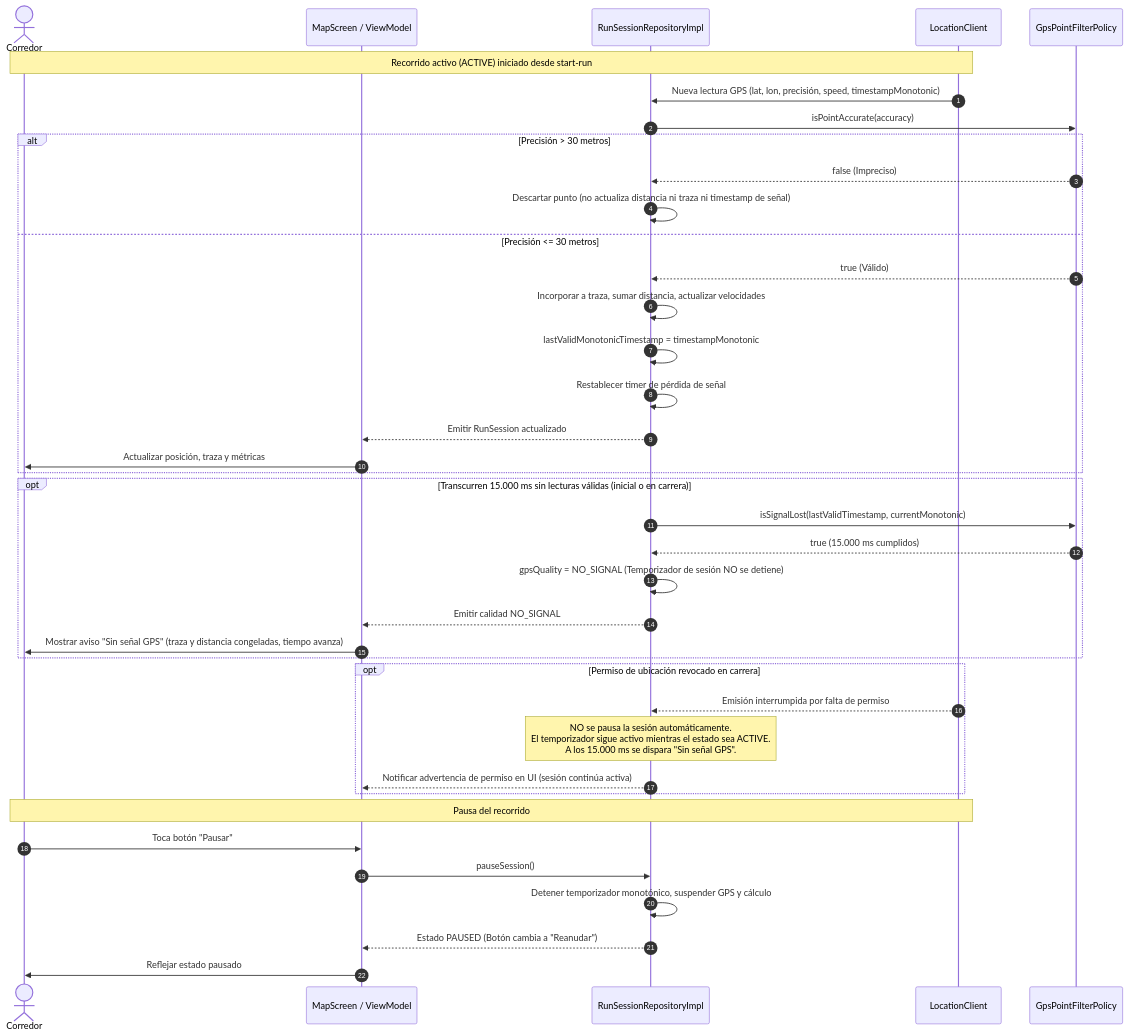
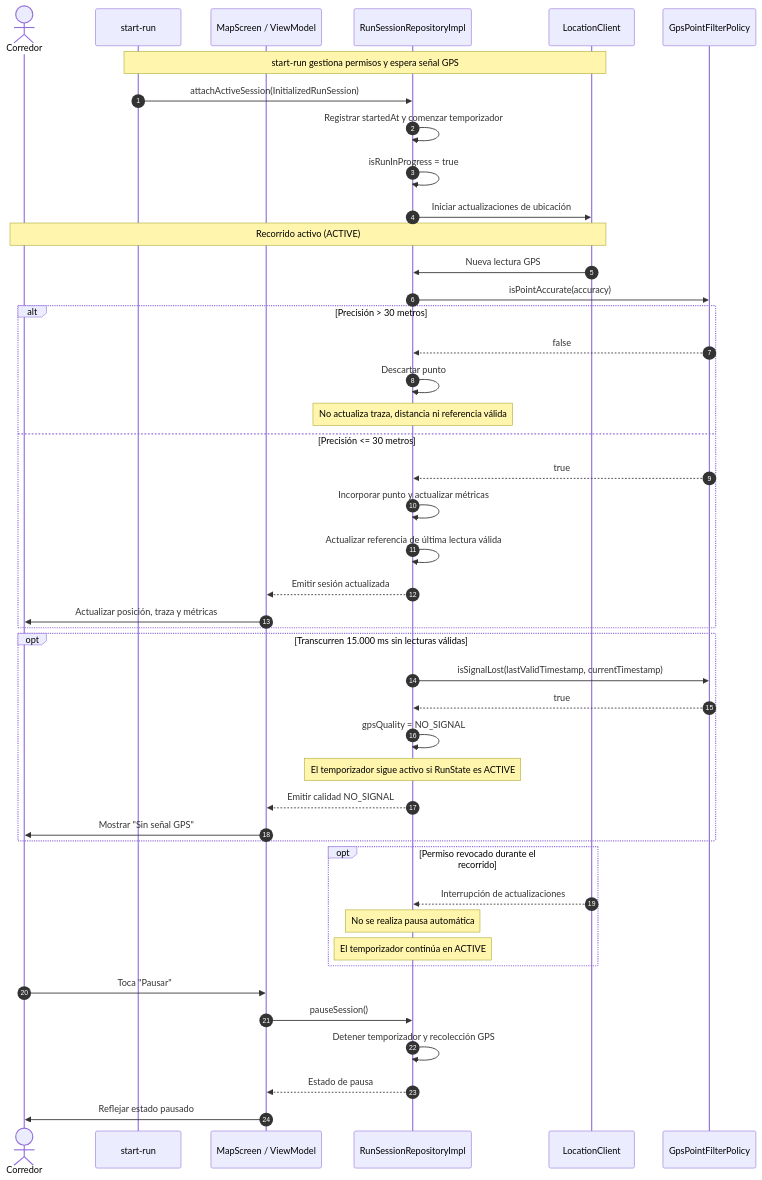
The second of 5 diagrams in .kiro/specs/live-route-tracking/design.md (unlam-tec-movil/A3-2026-H2-E2), drawn with Mermaid before and after one commit. The commit also changed other lines of this file, not shown here.

````diff
--- a/.kiro/specs/live-route-tracking/design.md
+++ b/.kiro/specs/live-route-tracking/design.md
@@ -212,45 +284,53 @@
 ```mermaid
 sequenceDiagram
     autonumber
     actor Corredor
+    participant Start as start-run
     participant UI as MapScreen / ViewModel
     participant Repo as RunSessionRepositoryImpl
     participant GPS as LocationClient
     participant Filter as GpsPointFilterPolicy
 
-    Note over Corredor, GPS: Recorrido activo (ACTIVE) iniciado desde start-run
-    GPS->>Repo: Nueva lectura GPS (lat, lon, precisión, speed, timestampMonotonic)
+    Note over Start,GPS: start-run gestiona permisos y espera señal GPS
+    Start->>Repo: attachActiveSession(InitializedRunSession)
+    Repo->>Repo: Registrar startedAt y comenzar temporizador
+    Repo->>Repo: isRunInProgress = true
+    Repo->>GPS: Iniciar actualizaciones de ubicación
+
+    Note over Corredor,GPS: Recorrido activo (ACTIVE)
+    GPS->>Repo: Nueva lectura GPS
     Repo->>Filter: isPointAccurate(accuracy)
+
     alt Precisión > 30 metros
-        Filter-->>Repo: false (Impreciso)
-        Repo->>Repo: Descartar punto (no actualiza distancia ni traza ni timestamp de señal)
+        Filter-->>Repo: false
+        Repo->>Repo: Descartar punto
+        Note over Repo: No actualiza traza, distancia ni referencia válida
     else Precisión <= 30 metros
-        Filter-->>Repo: true (Válido)
-        Repo->>Repo: Incorporar a traza, sumar distancia, actualizar velocidades
-        Repo->>Repo: lastValidMonotonicTimestamp = timestampMonotonic
-        Repo->>Repo: Restablecer timer de pérdida de señal
-        Repo-->>UI: Emitir RunSession actualizado
+        Filter-->>Repo: true
+        Repo->>Repo: Incorporar punto y actualizar métricas
+        Repo->>Repo: Actualizar referencia de última lectura válida
+        Repo-->>UI: Emitir sesión actualizada
         UI->>Corredor: Actualizar posición, traza y métricas
     end
 
-    opt Transcurren 15.000 ms sin lecturas válidas (inicial o en carrera)
-        Repo->>Filter: isSignalLost(lastValidTimestamp, currentMonotonic)
-        Filter-->>Repo: true (15.000 ms cumplidos)
-        Repo->>Repo: gpsQuality = NO_SIGNAL (Temporizador de sesión NO se detiene)
+    opt Transcurren 15.000 ms sin lecturas válidas
+        Repo->>Filter: isSignalLost(lastValidTimestamp, currentTimestamp)
+        Filter-->>Repo: true
+        Repo->>Repo: gpsQuality = NO_SIGNAL
+        Note over Repo: El temporizador sigue activo si RunState es ACTIVE
         Repo-->>UI: Emitir calidad NO_SIGNAL
-        UI->>Corredor: Mostrar aviso "Sin señal GPS" (traza y distancia congeladas, tiempo avanza)
+        UI->>Corredor: Mostrar "Sin señal GPS"
     end
 
-    opt Permiso de ubicación revocado en carrera
-        GPS-->>Repo: Emisión interrumpida por falta de permiso
-        Note over Repo: NO se pausa la sesión automáticamente.<br/>El temporizador sigue activo mientras el estado sea ACTIVE.<br/>A los 15.000 ms se dispara "Sin señal GPS".
-        Repo-->>UI: Notificar advertencia de permiso en UI (sesión continúa activa)
+    opt Permiso revocado durante el recorrido
+        GPS-->>Repo: Interrupción de actualizaciones
+        Note over Repo: No se realiza pausa automática
+        Note over Repo: El temporizador continúa en ACTIVE
     end
 
-    Note over Corredor, GPS: Pausa del recorrido
-    Corredor->>UI: Toca botón "Pausar"
+    Corredor->>UI: Toca "Pausar"
     UI->>Repo: pauseSession()
-    Repo->>Repo: Detener temporizador monotónico, suspender GPS y cálculo
-    Repo-->>UI: Estado PAUSED (Botón cambia a "Reanudar")
+    Repo->>Repo: Detener temporizador y recolección GPS
+    Repo-->>UI: Estado de pausa
     UI->>Corredor: Reflejar estado pausado
 ```
````
